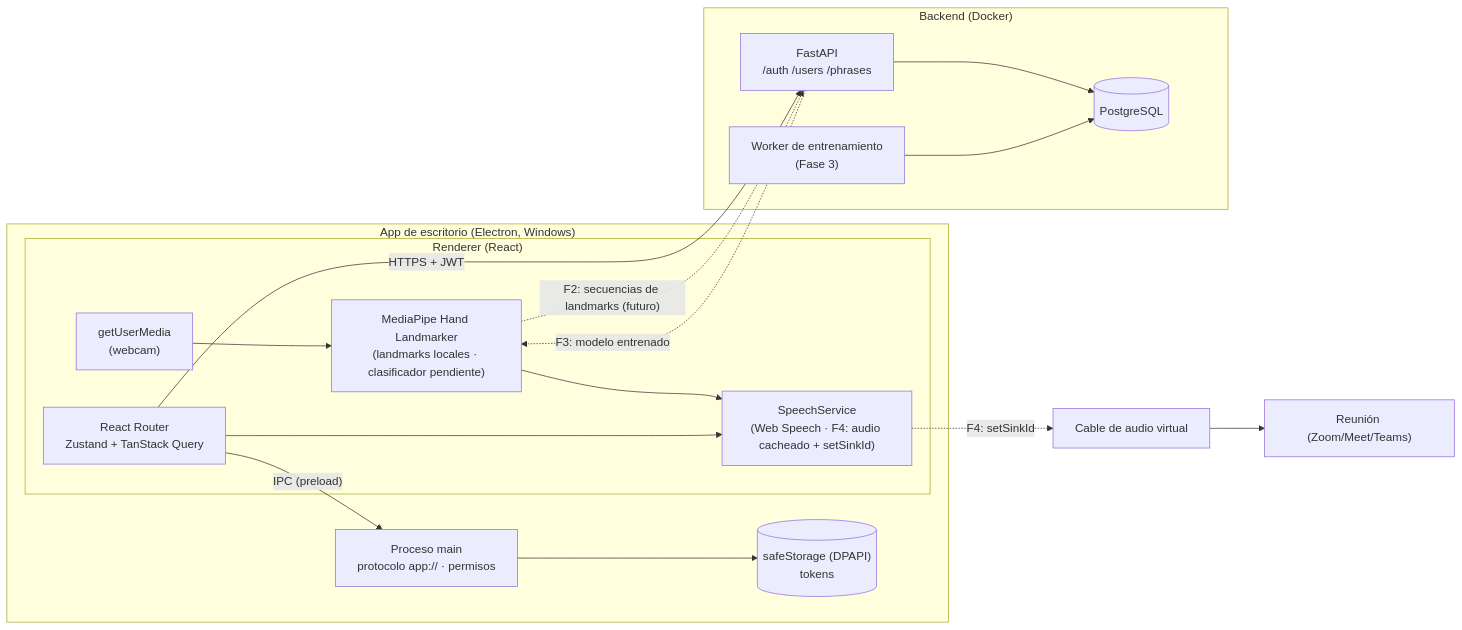
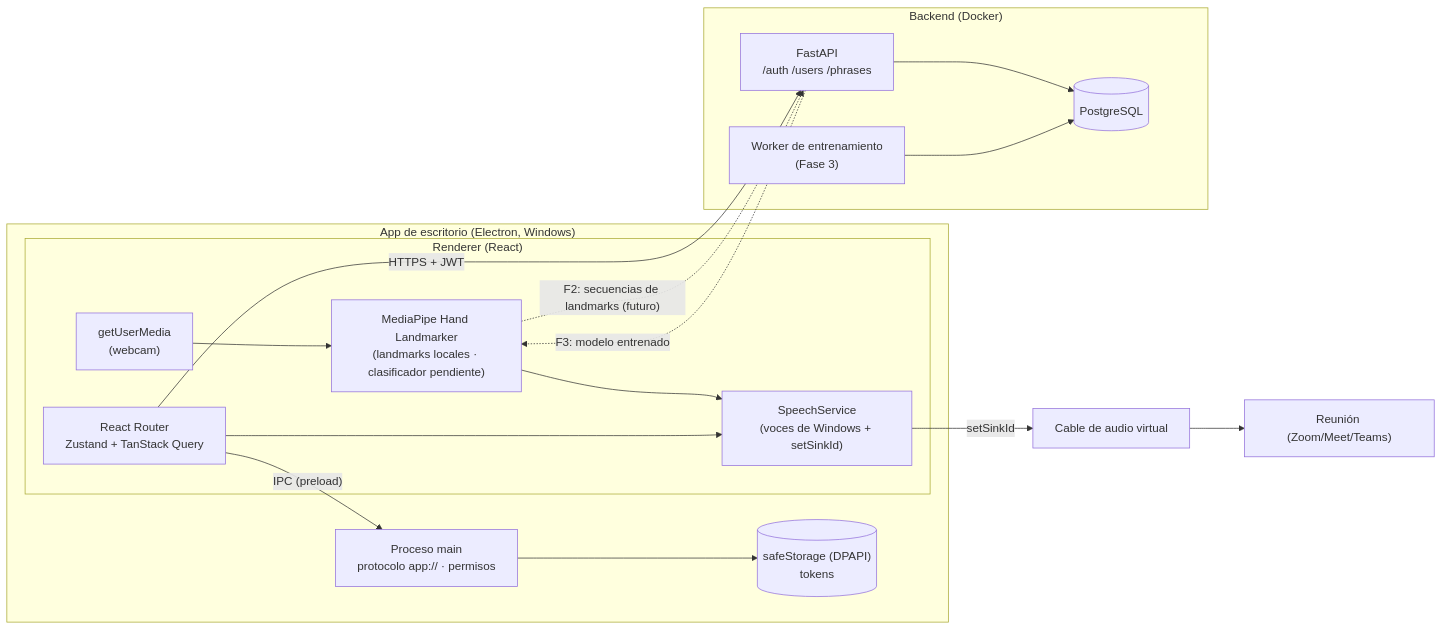
The diagram in docs/ARCHITECTURE.md (SantiagoTyrsArv/VISIONTS), drawn with Mermaid before and after one commit. The commit also changed other lines of this file and 1 other file, not shown here.

````diff
--- a/docs/ARCHITECTURE.md
+++ b/docs/ARCHITECTURE.md
@@ -5,32 +5,32 @@
 ```mermaid
 flowchart LR
   subgraph Desktop["App de escritorio (Electron, Windows)"]
     subgraph Renderer["Renderer (React)"]
       Cam["getUserMedia\n(webcam)"]
       Rec["MediaPipe Hand Landmarker\n(landmarks locales · clasificador pendiente)"]
-      Speech["SpeechService\n(Web Speech · F4: audio cacheado + setSinkId)"]
+      Speech["SpeechService\n(voces de Windows + setSinkId)"]
       UI["React Router\nZustand + TanStack Query"]
       Cam --> Rec --> Speech
       UI --> Speech
     end
     Main["Proceso main\nprotocolo app:// · permisos"]
     Store[("safeStorage (DPAPI)\ntokens")]
     UI -- "IPC (preload)" --> Main --> Store
   end
 
   subgraph Server["Backend (Docker)"]
     API["FastAPI\n/auth /users /phrases"]
     DB[("PostgreSQL")]
     Worker["Worker de entrenamiento\n(Fase 3)"]
     API --> DB
     Worker --> DB
   end
 
   VCable["Cable de audio virtual"]
   Meet["Reunión (Zoom/Meet/Teams)"]
 
   UI -- "HTTPS + JWT" --> API
   Rec -. "F2: secuencias de landmarks (futuro)" .-> API
   API -. "F3: modelo entrenado" .-> Rec
-  Speech -. "F4: setSinkId" .-> VCable --> Meet
+  Speech -- "setSinkId" --> VCable --> Meet
 ```
````
